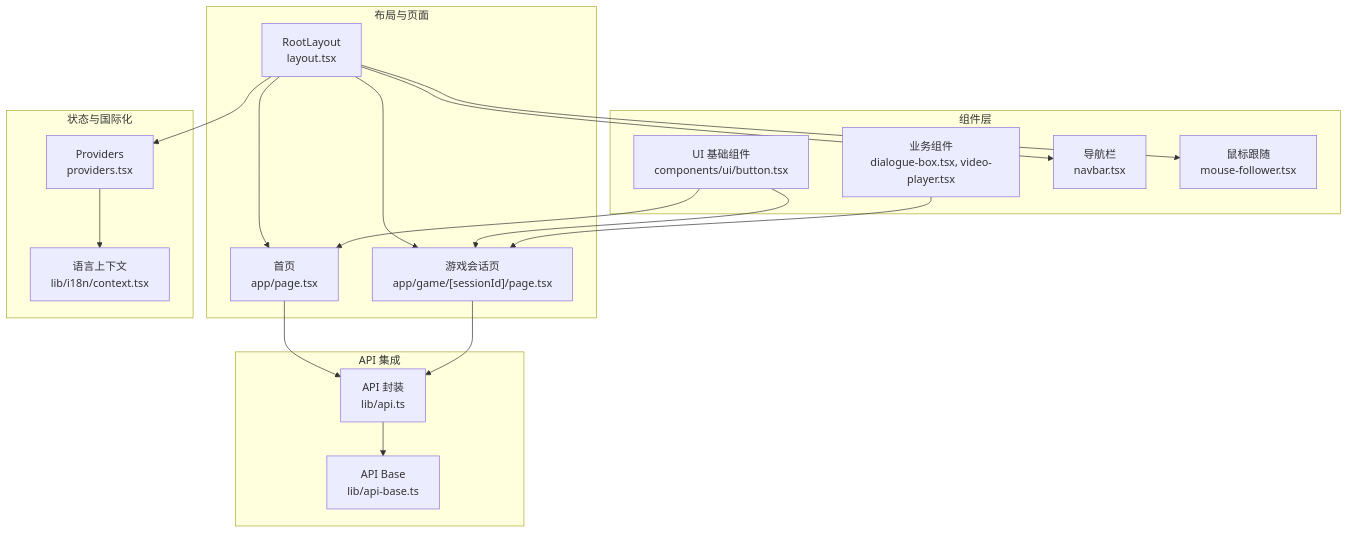
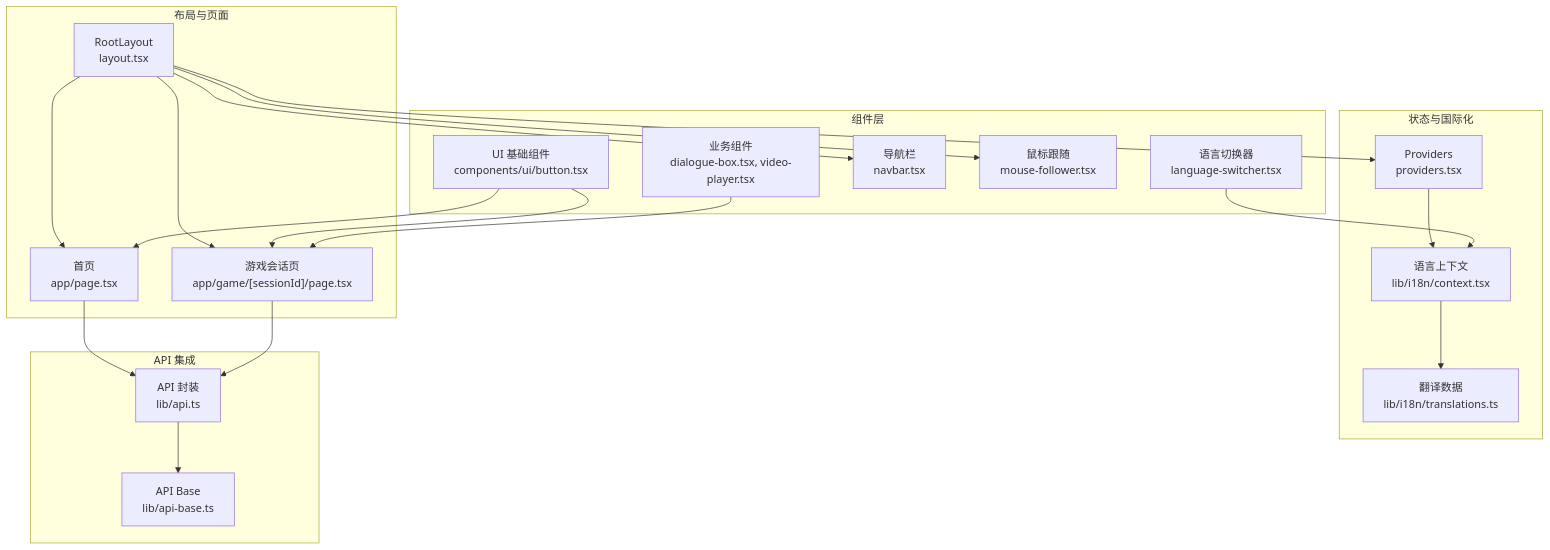
The second of 9 diagrams in .qoder/repowiki/zh/content/前端架构/前端架构.md (cccd123/macau-mystery), drawn with Mermaid before and after one commit. The commit also changed other lines of this file and 43 other files, not shown here.

````diff
--- a/.qoder/repowiki/zh/content/前端架构/前端架构.md
+++ b/.qoder/repowiki/zh/content/前端架构/前端架构.md
@@ -99,33 +110,36 @@
 ```mermaid
 graph TB
 subgraph "布局与页面"
 L["RootLayout<br/>layout.tsx"]
 P["首页<br/>app/page.tsx"]
 G["游戏会话页<br/>app/game/[sessionId]/page.tsx"]
 end
 subgraph "组件层"
 U["UI 基础组件<br/>components/ui/button.tsx"]
 B["业务组件<br/>dialogue-box.tsx, video-player.tsx"]
 N["导航栏<br/>navbar.tsx"]
 M["鼠标跟随<br/>mouse-follower.tsx"]
+LS["语言切换器<br/>language-switcher.tsx"]
 end
 subgraph "状态与国际化"
 S["Providers<br/>providers.tsx"]
 I18N["语言上下文<br/>lib/i18n/context.tsx"]
+T["翻译数据<br/>lib/i18n/translations.ts"]
 end
 subgraph "API 集成"
 A["API 封装<br/>lib/api.ts"]
 AB["API Base<br/>lib/api-base.ts"]
 end
-L --> S --> I18N
+L --> S --> I18N --> T
 L --> N
 L --> M
 L --> P
 L --> G
 P --> A
 G --> A
 A --> AB
 U --> P
 U --> G
 B --> G
+LS --> I18N
 ```
````
